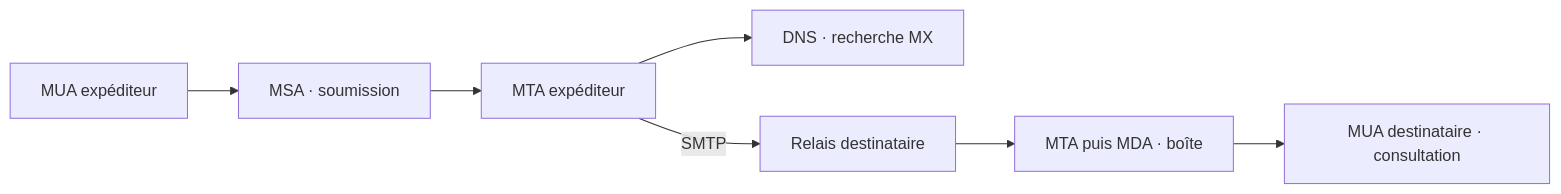
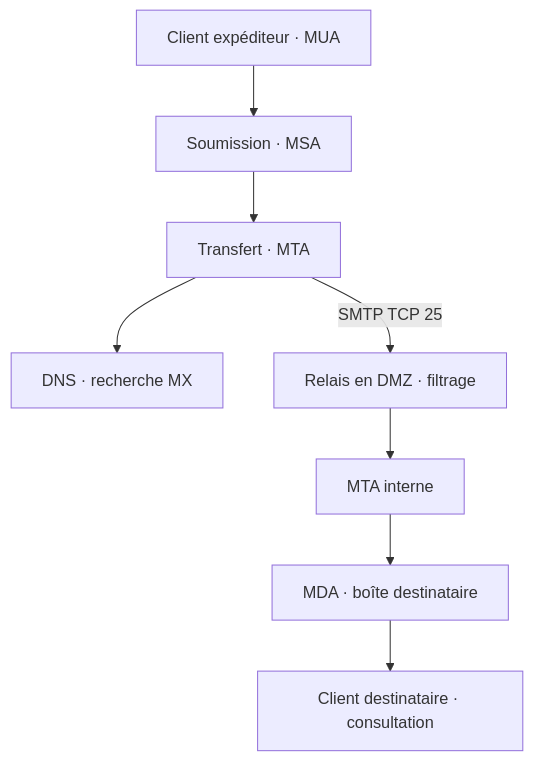
One commit to sk34pk25/tssr-cours changed the diagram in docs/modules/14-messagerie-cloud/module-01.md. Above: the diagram before and after it, drawn with Mermaid. The commit also changed other lines of this file and 97 other files, not shown here.

````diff
--- a/docs/modules/14-messagerie-cloud/module-01.md
+++ b/docs/modules/14-messagerie-cloud/module-01.md
@@ -31,9 +63,8 @@
-~~~mermaid
-flowchart LR
-    U["MUA expéditeur"] --> S["MSA · soumission"]
-    S --> A["MTA expéditeur"]
-    A --> D["DNS · recherche MX"]
-    A -->|"SMTP"| R["Relais destinataire"]
-    R --> B["MTA puis MDA · boîte"]
-    B --> C["MUA destinataire · consultation"]
-~~~
+```mermaid
+flowchart TB
+    U["Client expéditeur · MUA"] --> S["Soumission · MSA"] --> M["Transfert · MTA"]
+    M --> D["DNS · recherche MX"]
+    M -->|"SMTP TCP 25"| R["Relais en DMZ · filtrage"]
+    R --> T["MTA interne"] --> B["MDA · boîte destinataire"]
+    B --> L["Client destinataire · consultation"]
+```
````
